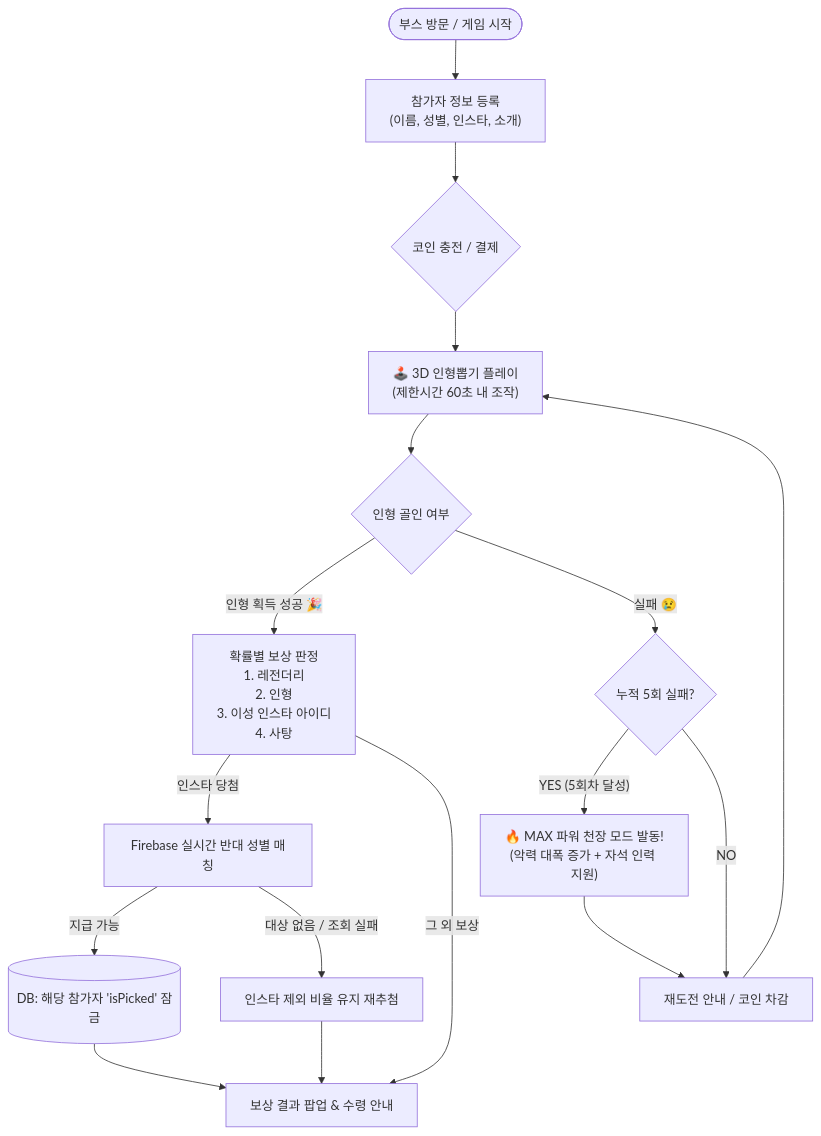
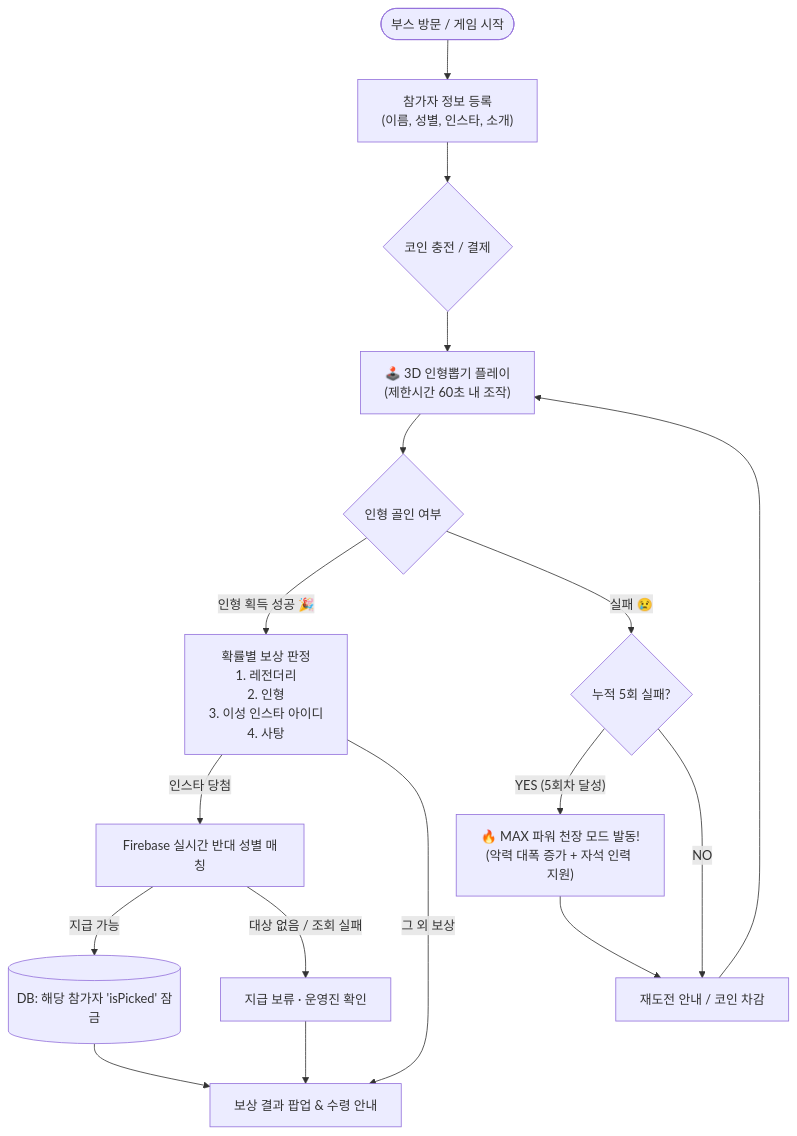
One commit to Jihwan2765/love_catcher changed the diagram in README.md. Above: the diagram before and after it, drawn with Mermaid. The commit also changed other lines of this file and 18 other files, not shown here.

````diff
--- a/README.md
+++ b/README.md
@@ -48,22 +55,22 @@
 ```mermaid
 flowchart TD
     Start(["부스 방문 / 게임 시작"]) --> Register["참가자 정보 등록<br/>(이름, 성별, 인스타, 소개)"]
     Register --> CoinCheck{"코인 충전 / 결제"}
     CoinCheck --> PlayClaw["🕹️ 3D 인형뽑기 플레이<br/>(제한시간 60초 내 조작)"]
     
     PlayClaw --> CatchCheck{"인형 골인 여부"}
     
     CatchCheck -- "인형 획득 성공 🎉" --> RewardRoll["확률별 보상 판정<br/>1. 레전더리<br/>2. 인형<br/>3. 이성 인스타 아이디<br/>4. 사탕"]
     RewardRoll -- "인스타 당첨" --> MatchLogic["Firebase 실시간 반대 성별 매칭"]
     MatchLogic -- "지급 가능" --> LockTarget[("DB: 해당 참가자 'isPicked' 잠금")]
-    MatchLogic -- "대상 없음 / 조회 실패" --> Reroll["인스타 제외 비율 유지 재추첨"]
+    MatchLogic -- "대상 없음 / 조회 실패" --> Reroll["지급 보류 · 운영진 확인"]
     RewardRoll -- "그 외 보상" --> SuccessPopup["보상 결과 팝업 & 수령 안내"]
     LockTarget --> SuccessPopup
     Reroll --> SuccessPopup
     
     CatchCheck -- "실패 😢" --> PityCheck{"누적 5회 실패?"}
     PityCheck -- "YES (5회차 달성)" --> ActivatePity["🔥 MAX 파워 천장 모드 발동!<br/>(악력 대폭 증가 + 자석 인력 지원)"]
     PityCheck -- "NO" --> RetryOffer["재도전 안내 / 코인 차감"]
     ActivatePity --> RetryOffer
     RetryOffer --> PlayClaw
 ```
````
